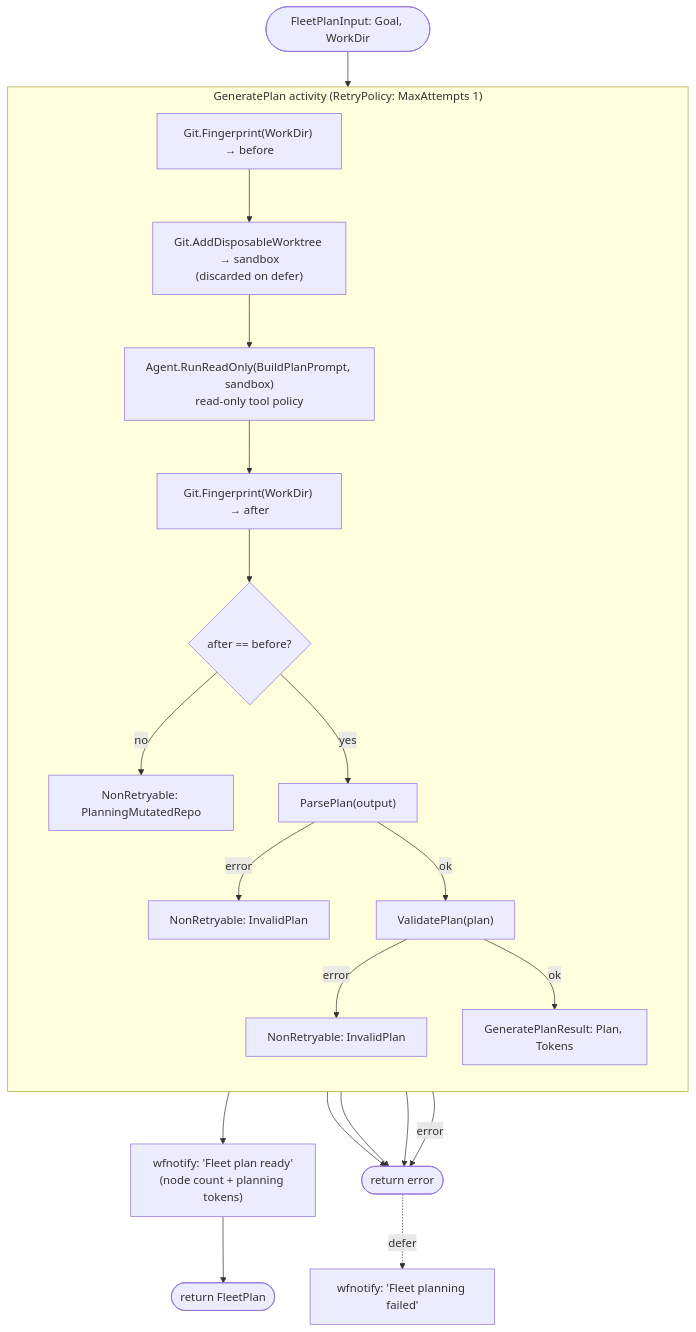
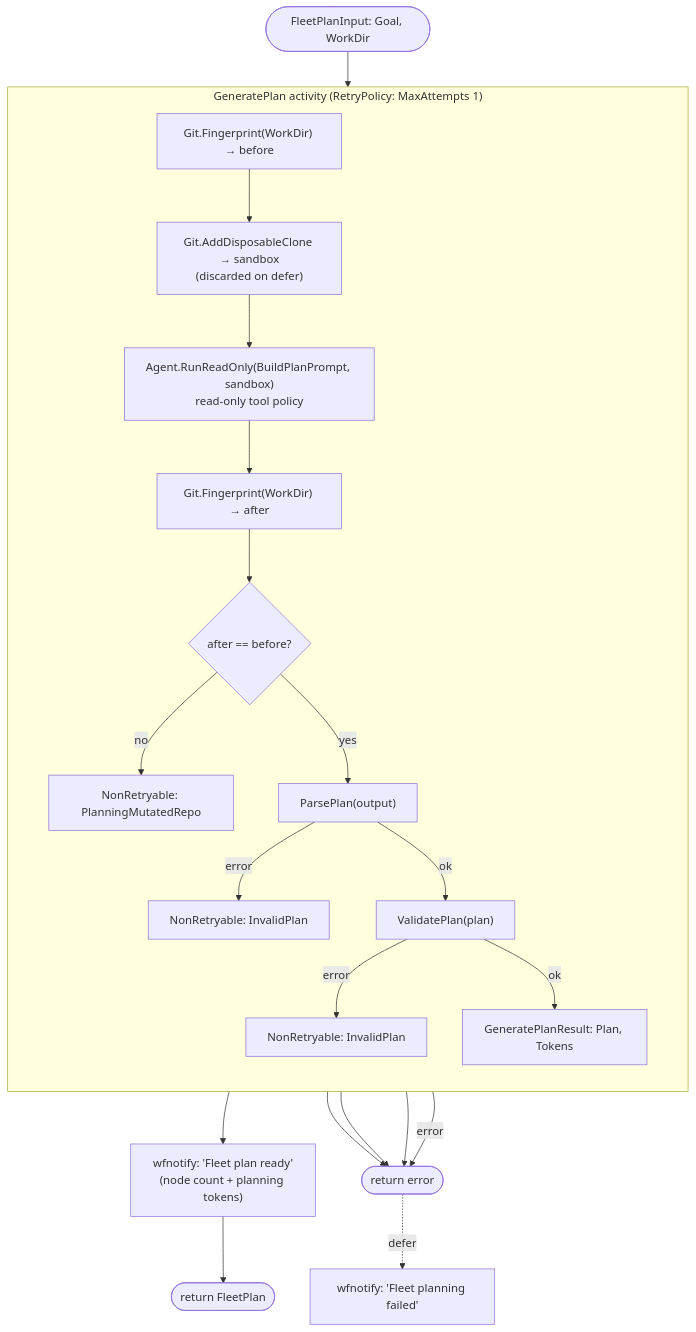
One commit to jcmonteiro/temporal-agents changed the first of 3 diagrams in internal/fleet/README.md. Above: the diagram before and after it, drawn with Mermaid. The commit also changed other lines of this file and 5 other files, not shown here.

First line of the commit message:
fix(fleet): isolate planning sandbox with a standalone clone

````diff
--- a/internal/fleet/README.md
+++ b/internal/fleet/README.md
@@ -28,29 +28,29 @@
 ```mermaid
 flowchart TD
     start([FleetPlanInput: Goal, WorkDir]) --> gp
 
     subgraph gp["GeneratePlan activity (RetryPolicy: MaxAttempts 1)"]
         direction TB
         fpBefore["Git.Fingerprint(WorkDir) → before"]
-        fpBefore --> sandbox["Git.AddDisposableWorktree → sandbox<br/>(discarded on defer)"]
+        fpBefore --> sandbox["Git.AddDisposableClone → sandbox<br/>(discarded on defer)"]
         sandbox --> agent["Agent.RunReadOnly(BuildPlanPrompt, sandbox)<br/>read-only tool policy"]
         agent --> fpAfter["Git.Fingerprint(WorkDir) → after"]
         fpAfter --> tripwire{"after == before?"}
         tripwire -->|no| mutated["NonRetryable: PlanningMutatedRepo"]
         tripwire -->|yes| parse["ParsePlan(output)"]
         parse -->|error| invalid1["NonRetryable: InvalidPlan"]
         parse -->|ok| validate["ValidatePlan(plan)"]
         validate -->|error| invalid2["NonRetryable: InvalidPlan"]
         validate -->|ok| result["GeneratePlanResult: Plan, Tokens"]
     end
 
     result --> notify["wfnotify: 'Fleet plan ready'<br/>(node count + planning tokens)"]
     notify --> done([return FleetPlan])
 
     mutated --> fail([return error])
     invalid1 --> fail
     invalid2 --> fail
     agent -->|error| fail
 
     fail -.->|defer| failnote["wfnotify: 'Fleet planning failed'"]
 ```
````
